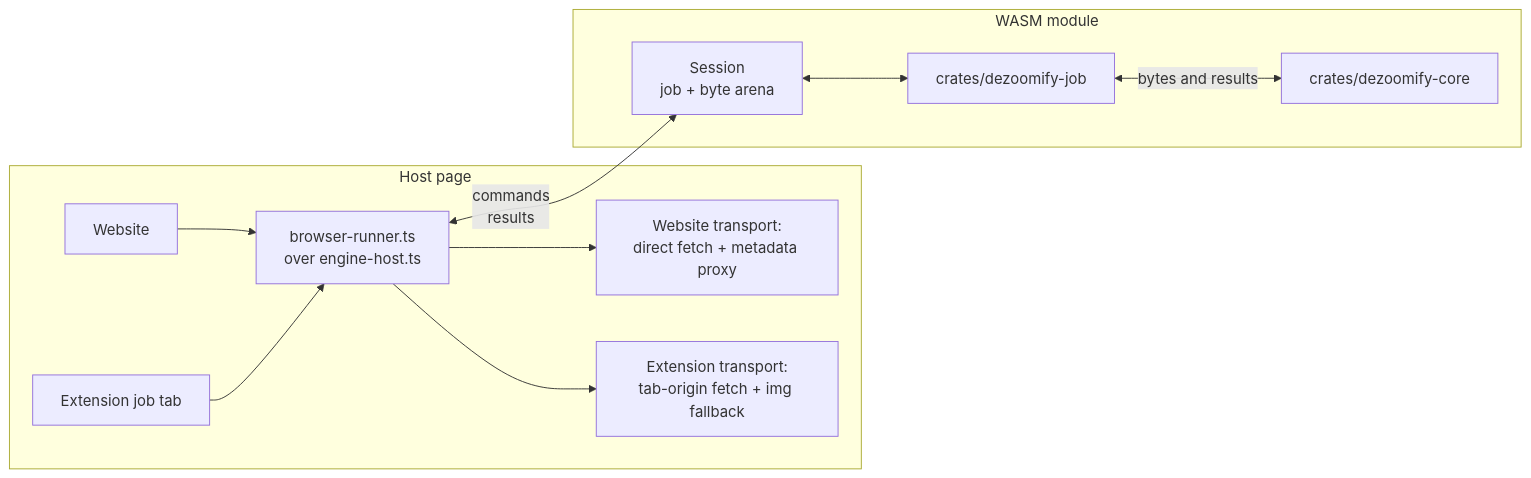
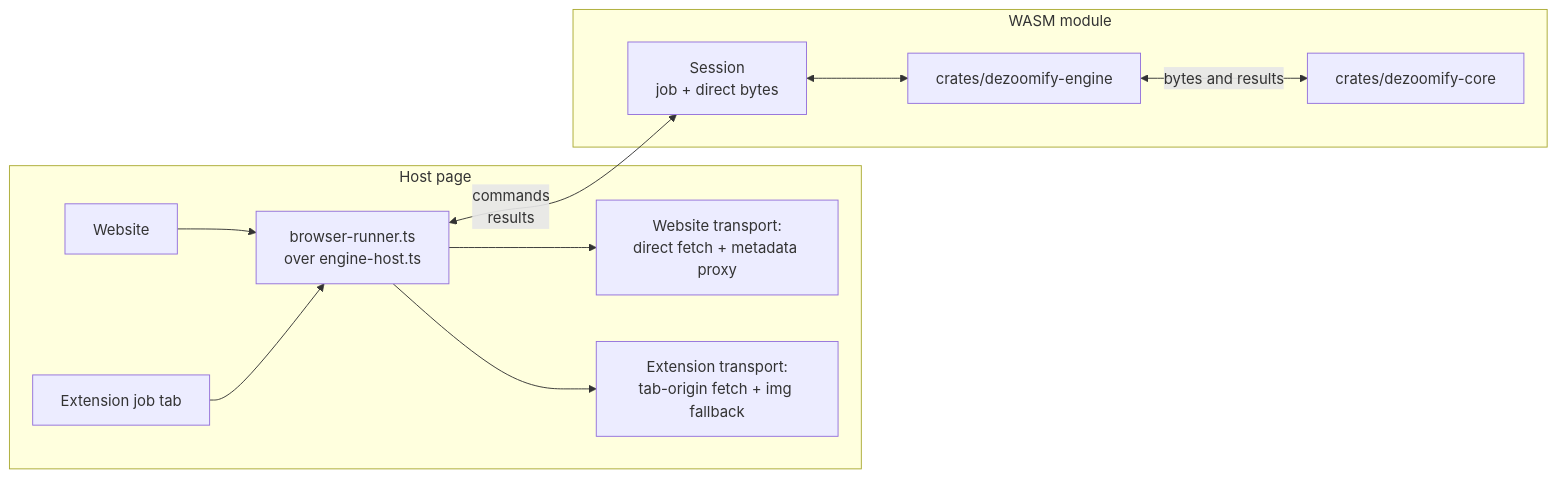
One commit to lovasoa/dezoomify changed the second of 3 diagrams in docs/architecture.md. Above: the diagram before and after it, drawn with Mermaid. The commit also changed other lines of this file and 103 other files, not shown here.

Commit message:
Simplify: one engine crate, typed desktop choices, body-free tile ack, no shim crates

````diff
--- a/docs/architecture.md
+++ b/docs/architecture.md
@@ -54,22 +54,22 @@
 ```mermaid
 flowchart LR
     subgraph PAGE[Host page]
         SITE[Website]
         EXT[Extension job tab]
         EH[browser-runner.ts<br/>over engine-host.ts]
         T1[Website transport:<br/>direct fetch + metadata proxy]
         T2[Extension transport:<br/>tab-origin fetch + img fallback]
     end
     subgraph WASM[WASM module]
-        SES[Session<br/>job + byte arena]
-        JOB[crates/dezoomify-job]
+        SES[Session<br/>job + direct bytes]
+        JOB[crates/dezoomify-engine]
         CORE[crates/dezoomify-core]
     end
     SITE --> EH
     EXT --> EH
     EH --> T1
     EH --> T2
     EH <-->|commands<br/>results| SES
     SES <--> JOB
     JOB <-->|bytes and results| CORE
 ```
````
